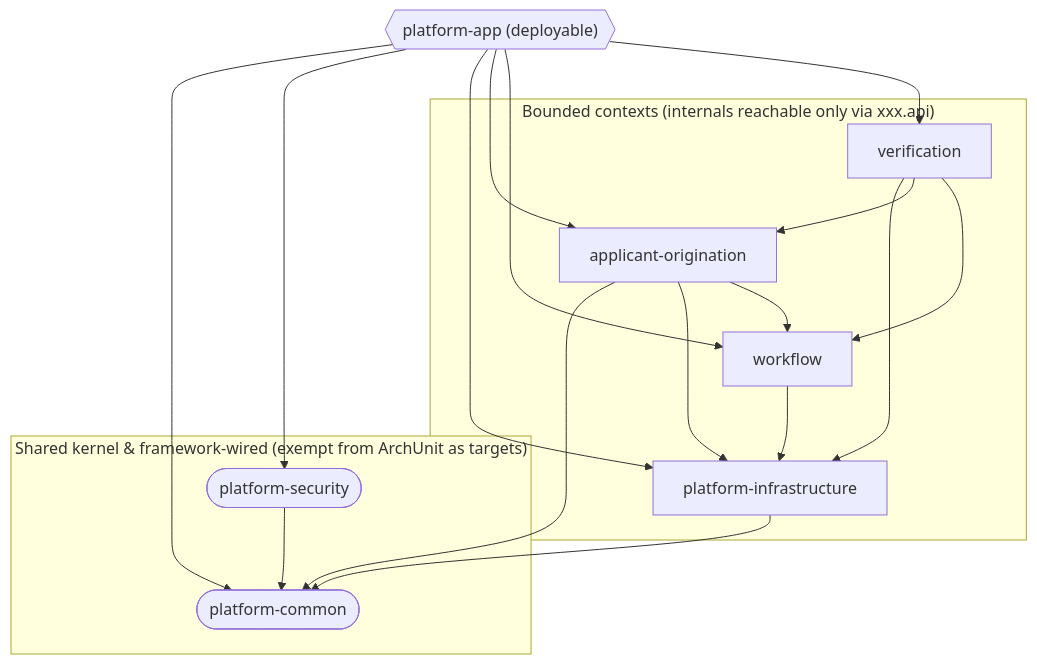
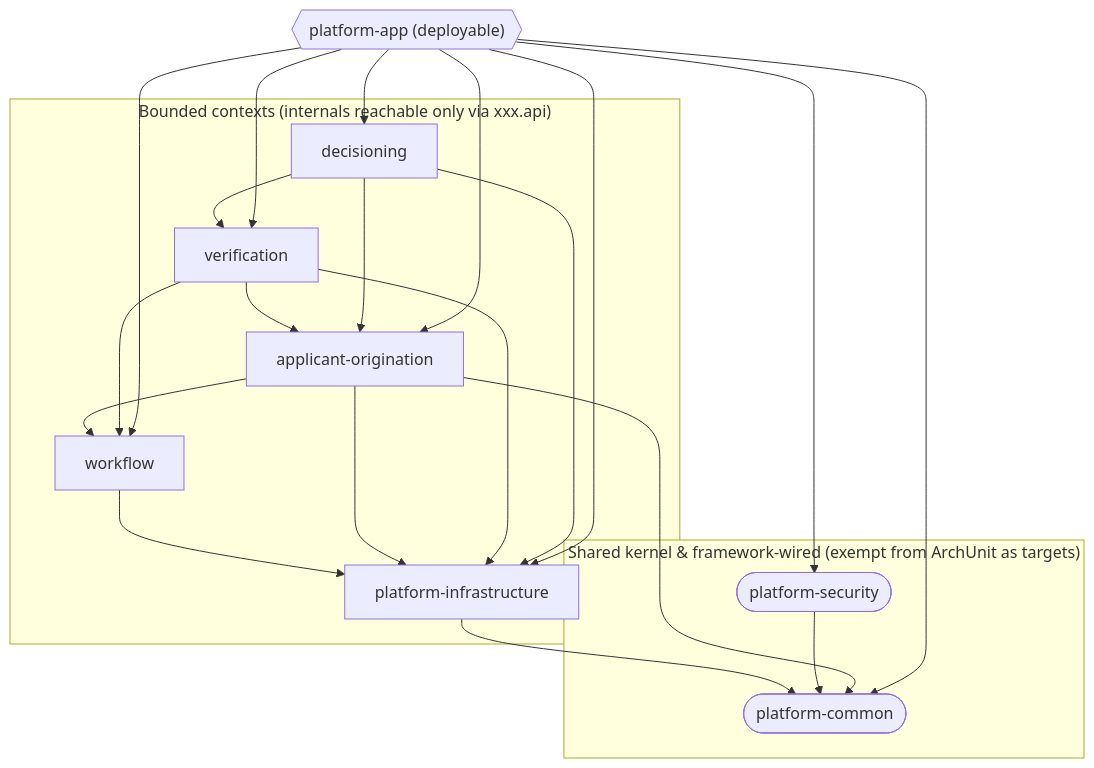
The second of 3 diagrams in docs/architecture.md (derrickmunyole/loan-decisioning-system), drawn with Mermaid before and after one commit. The commit also changed other lines of this file and 22 other files, not shown here.

````diff
--- a/docs/architecture.md
+++ b/docs/architecture.md
@@ -63,36 +63,42 @@
 ```mermaid
 flowchart TD
     subgraph sharedKernel["Shared kernel &amp; framework-wired (exempt from ArchUnit as targets)"]
         common(["platform-common"])
         security(["platform-security"])
     end
 
     subgraph boundedContexts["Bounded contexts (internals reachable only via xxx.api)"]
         infrastructure["platform-infrastructure"]
         workflow["workflow"]
         origination["applicant-origination"]
         verification["verification"]
+        decisioning["decisioning"]
     end
 
     app{{"platform-app (deployable)"}}
 
     infrastructure --> common
     security --> common
 
     workflow --> infrastructure
 
     origination --> common
     origination --> infrastructure
     origination --> workflow
 
     verification --> infrastructure
     verification --> origination
     verification --> workflow
 
+    decisioning --> infrastructure
+    decisioning --> origination
+    decisioning --> verification
+
     app --> common
     app --> security
     app --> infrastructure
     app --> origination
     app --> workflow
     app --> verification
+    app --> decisioning
 ```
````
